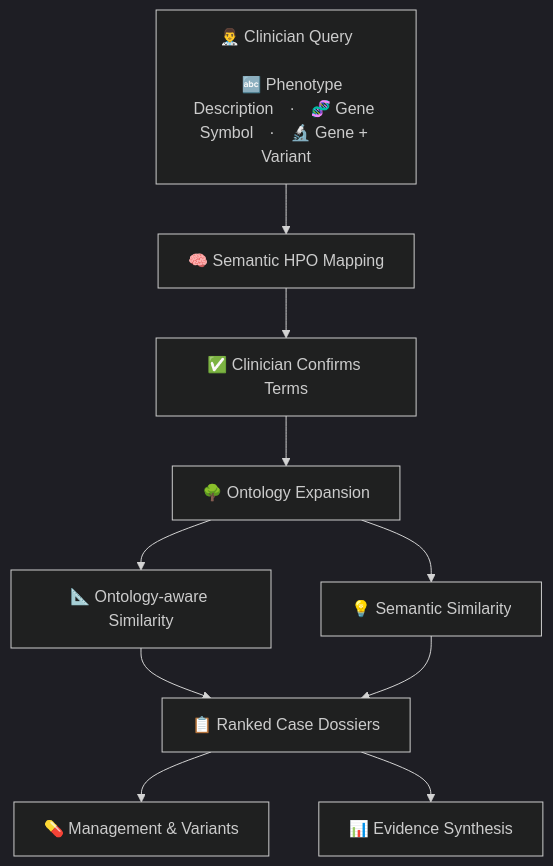
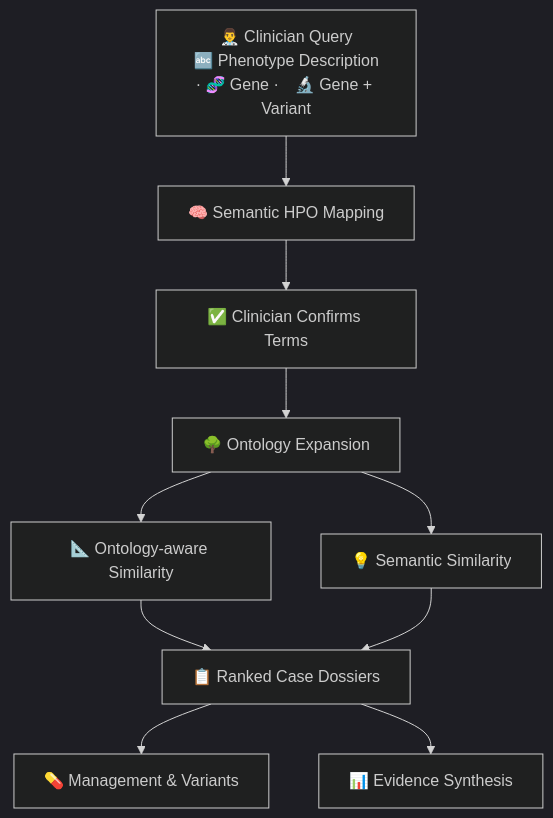
The diagram in README.md (suryamukhikuchibhotla/RareDex-documentation), drawn with Mermaid (dark theme) before and after one commit.

````diff
--- a/README.md
+++ b/README.md
@@ -51,12 +51,12 @@
 ```mermaid
 flowchart TD
-    A["👨‍⚕️ Clinician Query\n\n　🔤 Phenotype Description　·　🧬 Gene Symbol　·　🔬 Gene + Variant　"]
+    A["👨‍⚕️ Clinician Query\n 🔤 Phenotype Description · 🧬 Gene ·　🔬 Gene + Variant"]
     
     A --> B[🧠 Semantic HPO Mapping]
     B --> C[✅ Clinician Confirms Terms]
     C --> D[🌳 Ontology Expansion]
     D --> E[📐 Ontology-aware Similarity]
     D --> F[💡 Semantic Similarity]
     E & F --> G[📋 Ranked Case Dossiers]
     G --> H[💊 Management & Variants] & I[📊 Evidence Synthesis]
 ```
````
